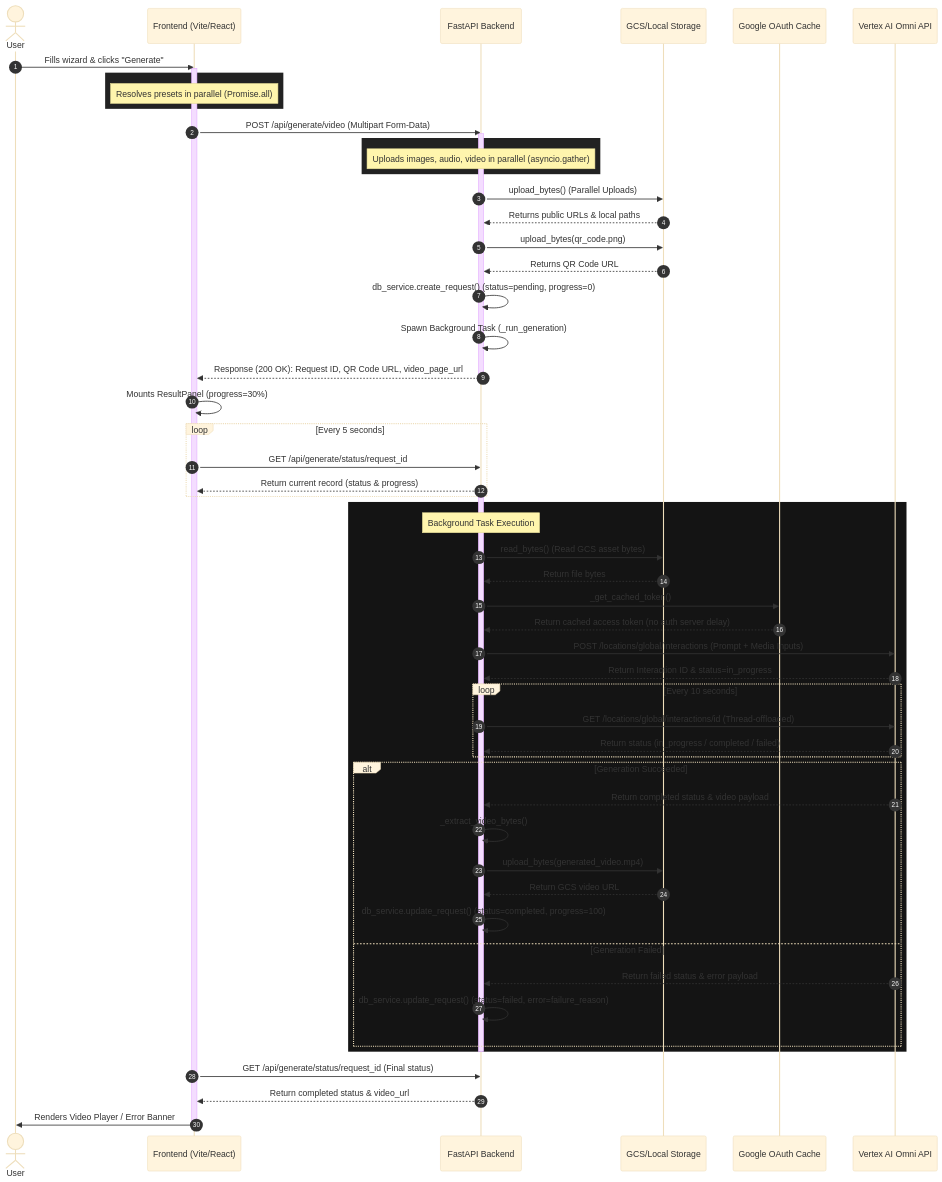
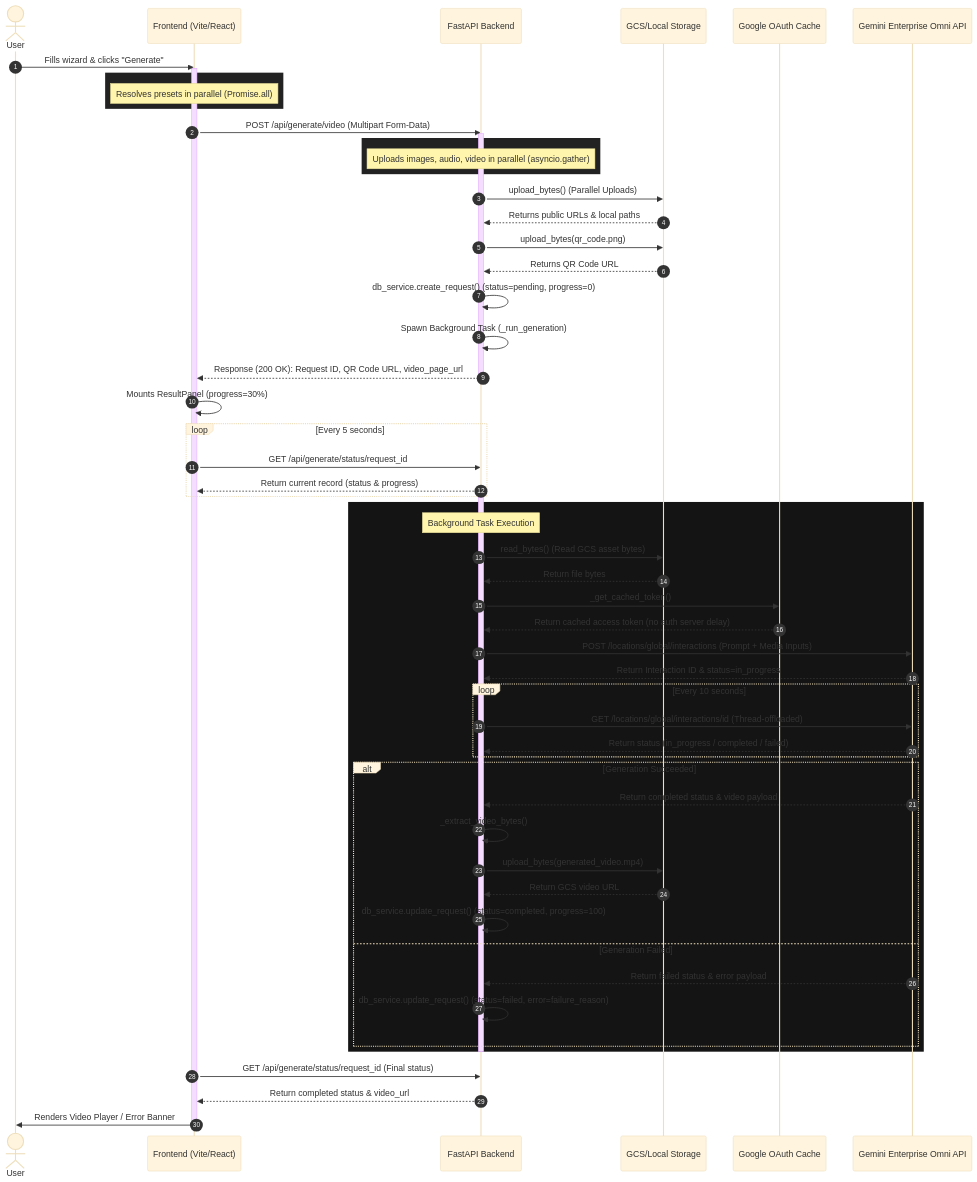
The second of 2 diagrams in docs/0-workflow.md (SunilKumarJB/omni_portal), drawn with Mermaid (base theme) before and after one commit. The commit also changed other lines of this file and 39 other files, not shown here.

````diff
--- a/docs/0-workflow.md
+++ b/docs/0-workflow.md
@@ -73,73 +73,73 @@
 ```mermaid
 sequenceDiagram
     autonumber
     actor User
     participant FE as Frontend (Vite/React)
     participant BE as FastAPI Backend
     participant Storage as GCS/Local Storage
     participant Auth as Google OAuth Cache
-    participant Vertex as Vertex AI Omni API
+    participant Vertex as Gemini Enterprise Omni API
 
     User->>FE: Fills wizard & clicks "Generate"
     activate FE
     rect rgb(34, 34, 34)
         Note over FE: Resolves presets in parallel (Promise.all)
     end
     FE->>BE: POST /api/generate/video (Multipart Form-Data)
     activate BE
     
     rect rgb(34, 34, 34)
         Note over BE: Uploads images, audio, video in parallel (asyncio.gather)
     end
     BE->>Storage: upload_bytes() (Parallel Uploads)
     Storage-->>BE: Returns public URLs & local paths
     
     BE->>Storage: upload_bytes(qr_code.png)
     Storage-->>BE: Returns QR Code URL
     
     BE->>BE: db_service.create_request() (status=pending, progress=0)
     
     BE->>BE: Spawn Background Task (_run_generation)
     BE-->>FE: Response (200 OK): Request ID, QR Code URL, video_page_url
     deactivate BE
     
     FE->>FE: Mounts ResultPanel (progress=30%)
     
     loop Every 5 seconds
         FE->>BE: GET /api/generate/status/request_id
         BE-->>FE: Return current record (status & progress)
     end
     
     activate BE
     rect rgb(20, 20, 20)
         Note over BE: Background Task Execution
         BE->>Storage: read_bytes() (Read GCS asset bytes)
         Storage-->>BE: Return file bytes
         BE->>Auth: _get_cached_token()
         Auth-->>BE: Return cached access token (no auth server delay)
         BE->>Vertex: POST /locations/global/interactions (Prompt + Media Inputs)
         Vertex-->>BE: Return Interaction ID & status=in_progress
         
         loop Every 10 seconds
             BE->>Vertex: GET /locations/global/interactions/id (Thread-offloaded)
             Vertex-->>BE: Return status (in_progress / completed / failed)
         end
         
         alt Generation Succeeded
             Vertex-->>BE: Return completed status & video payload
             BE->>BE: _extract_video_bytes()
             BE->>Storage: upload_bytes(generated_video.mp4)
             Storage-->>BE: Return GCS video URL
             BE->>BE: db_service.update_request() (status=completed, progress=100)
         else Generation Failed
             Vertex-->>BE: Return failed status & error payload
             BE->>BE: db_service.update_request() (status=failed, error=failure_reason)
         end
     end
     deactivate BE
     
     FE->>BE: GET /api/generate/status/request_id (Final status)
     BE-->>FE: Return completed status & video_url
     FE->>User: Renders Video Player / Error Banner
     deactivate FE
 ```
````
